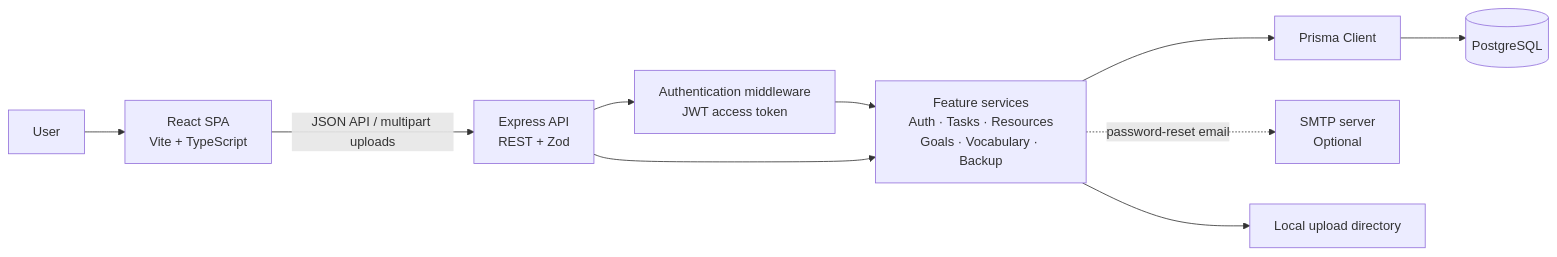
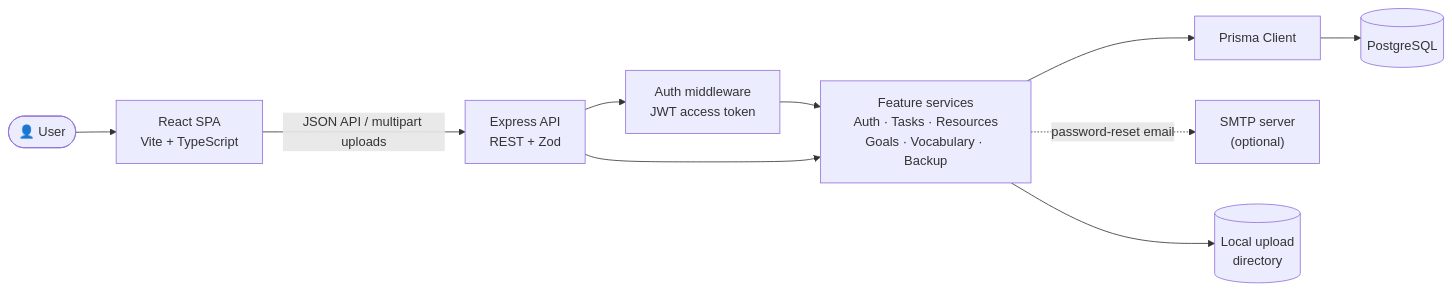
The fourth of 14 diagrams in README.md (kareemahme999/Personal-Productivity-Platform), drawn with Mermaid before and after one commit. The commit also changed other lines of this file, not shown here.

````diff
--- a/README.md
+++ b/README.md
@@ -62,22 +196,22 @@
 ```mermaid
 flowchart LR
-    Person[User]
-    Browser[React SPA<br/>Vite + TypeScript]
-    API[Express API<br/>REST + Zod]
-    Auth[Authentication middleware<br/>JWT access token]
-    Services[Feature services<br/>Auth · Tasks · Resources<br/>Goals · Vocabulary · Backup]
+    Person([👤 User])
+    Browser["React SPA<br/>Vite + TypeScript"]
+    API["Express API<br/>REST + Zod"]
+    Auth["Auth middleware<br/>JWT access token"]
+    Services["Feature services<br/>Auth · Tasks · Resources<br/>Goals · Vocabulary · Backup"]
     Prisma[Prisma Client]
-    DB[(PostgreSQL)]
-    Mail[SMTP server<br/>Optional]
-    Files[Local upload directory]
+    DB[("PostgreSQL")]
+    Mail["SMTP server<br/>(optional)"]
+    Files[("Local upload<br/>directory")]
 
     Person --> Browser
-    Browser -->|JSON API / multipart uploads| API
+    Browser -->|"JSON API / multipart uploads"| API
     API --> Auth
     Auth --> Services
     API --> Services
     Services --> Prisma
     Prisma --> DB
     Services --> Files
-    Services -. password-reset email .-> Mail
+    Services -. "password-reset email" .-> Mail
 ```
````
